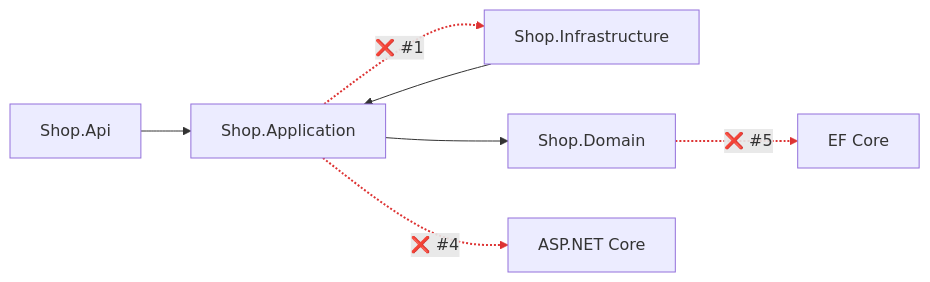
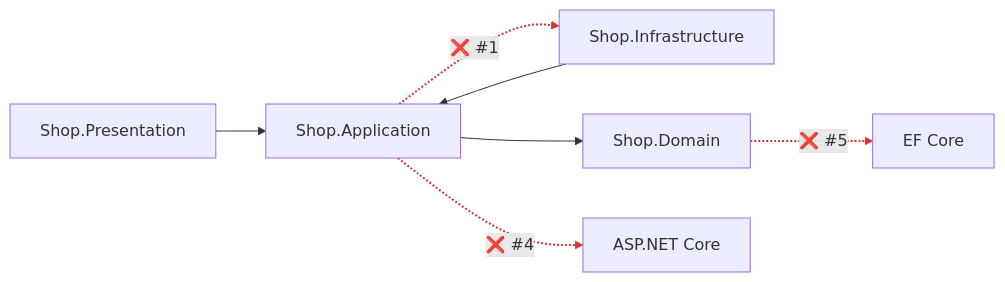
One commit to wesamkhateeb98-creator/clean-architecture-uow-repository changed the fifth of 5 diagrams in docs/03-clean-architecture.md. Above: the diagram before and after it, drawn with Mermaid. The commit also changed other lines of this file and 73 other files, not shown here.

Commit message:
refactor: align Shop.Demo with clean-architecture template (Abstracts, IEntity, CompleteAsync/Transaction, Presentation layer)

````diff
--- a/docs/03-clean-architecture.md
+++ b/docs/03-clean-architecture.md
@@ -114,10 +188,10 @@
 ```mermaid
 flowchart LR
-    Api[Shop.Api] --> App[Shop.Application]
+    Pres[Shop.Presentation] --> App[Shop.Application]
     Infra[Shop.Infrastructure] --> App
     App --> Dom[Shop.Domain]
     App -. "❌ #1" .-> Infra
     Dom -. "❌ #5" .-> EF[EF Core]
     App -. "❌ #4" .-> Http[ASP.NET Core]
     linkStyle 3,4,5 stroke:#d33,stroke-width:2px
 ```
````
